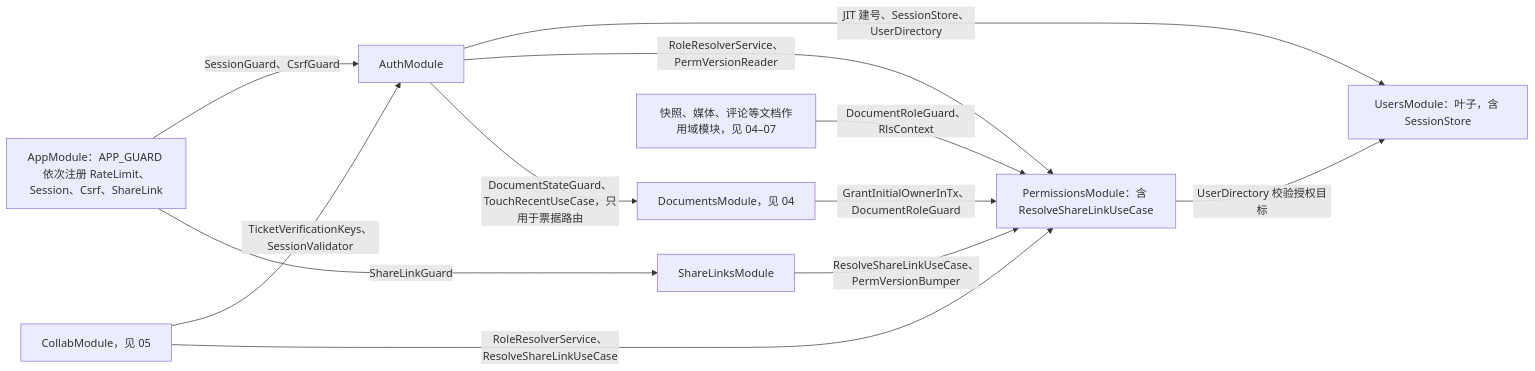
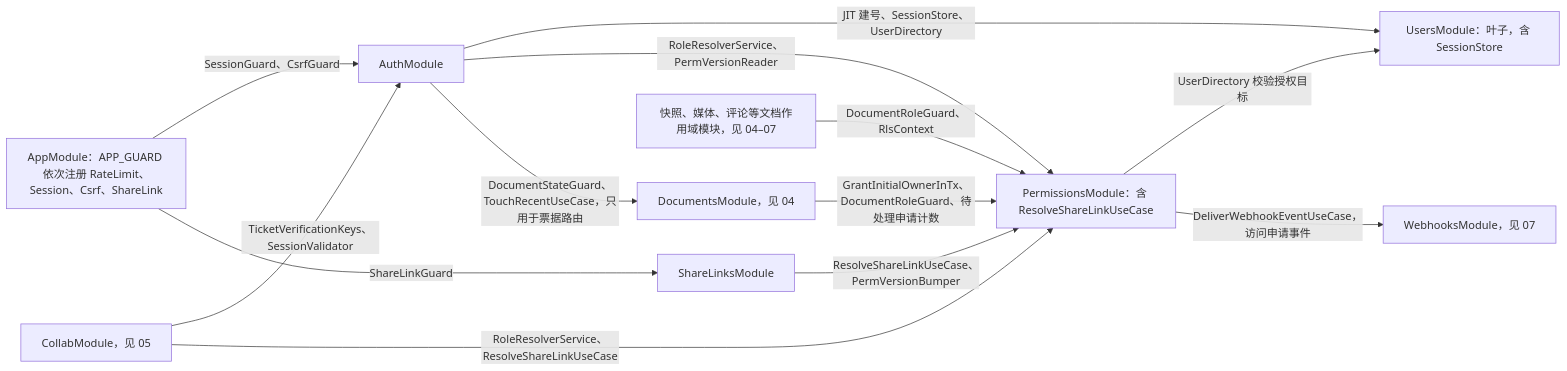
The third of 5 diagrams in docs/60-backend/03-modules-identity-and-access.md (Xeonice/cordis-ppt-editor), drawn with Mermaid before and after one commit. The commit also changed other lines of this file and 19 other files, not shown here.

````diff
--- a/docs/60-backend/03-modules-identity-and-access.md
+++ b/docs/60-backend/03-modules-identity-and-access.md
@@ -286,22 +293,24 @@
 ```mermaid
 flowchart LR
   app["AppModule：APP_GUARD 依次注册 RateLimit、Session、Csrf、ShareLink"]
   auth["AuthModule"]
   users["UsersModule：叶子，含 SessionStore"]
   perms["PermissionsModule：含 ResolveShareLinkUseCase"]
   links["ShareLinksModule"]
   docs["DocumentsModule，见 04"]
   collab["CollabModule，见 05"]
+  webhooks["WebhooksModule，见 07"]
   others["快照、媒体、评论等文档作用域模块，见 04–07"]
   app -- "SessionGuard、CsrfGuard" --> auth
   app -- "ShareLinkGuard" --> links
   auth -- "JIT 建号、SessionStore、UserDirectory" --> users
   auth -- "RoleResolverService、PermVersionReader" --> perms
   auth -- "DocumentStateGuard、TouchRecentUseCase，只用于票据路由" --> docs
   perms -- "UserDirectory 校验授权目标" --> users
+  perms -- "DeliverWebhookEventUseCase，访问申请事件" --> webhooks
   links -- "ResolveShareLinkUseCase、PermVersionBumper" --> perms
-  docs -- "GrantInitialOwnerInTx、DocumentRoleGuard" --> perms
+  docs -- "GrantInitialOwnerInTx、DocumentRoleGuard、待处理申请计数" --> perms
   collab -- "TicketVerificationKeys、SessionValidator" --> auth
   collab -- "RoleResolverService、ResolveShareLinkUseCase" --> perms
   others -- "DocumentRoleGuard、RlsContext" --> perms
 ```
````
